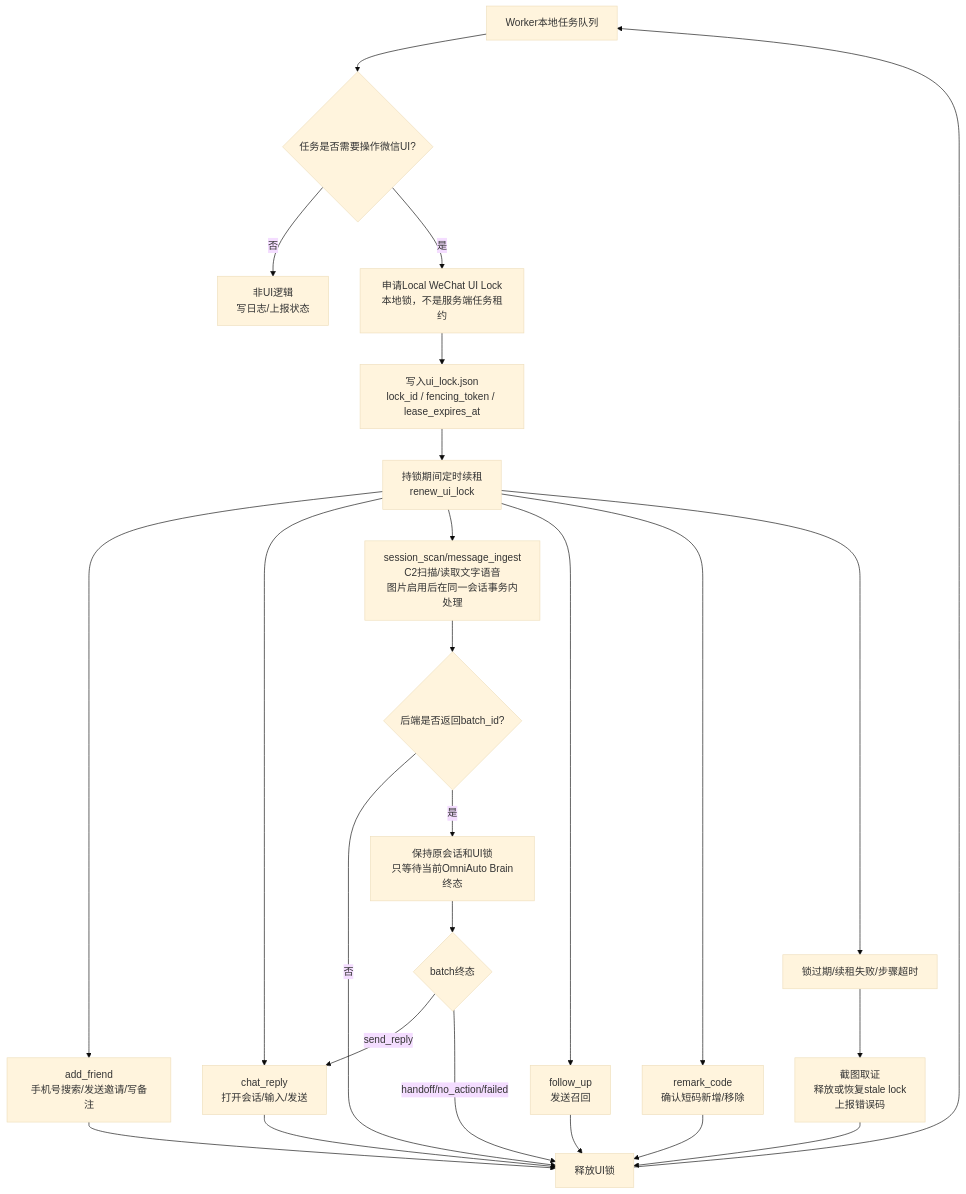
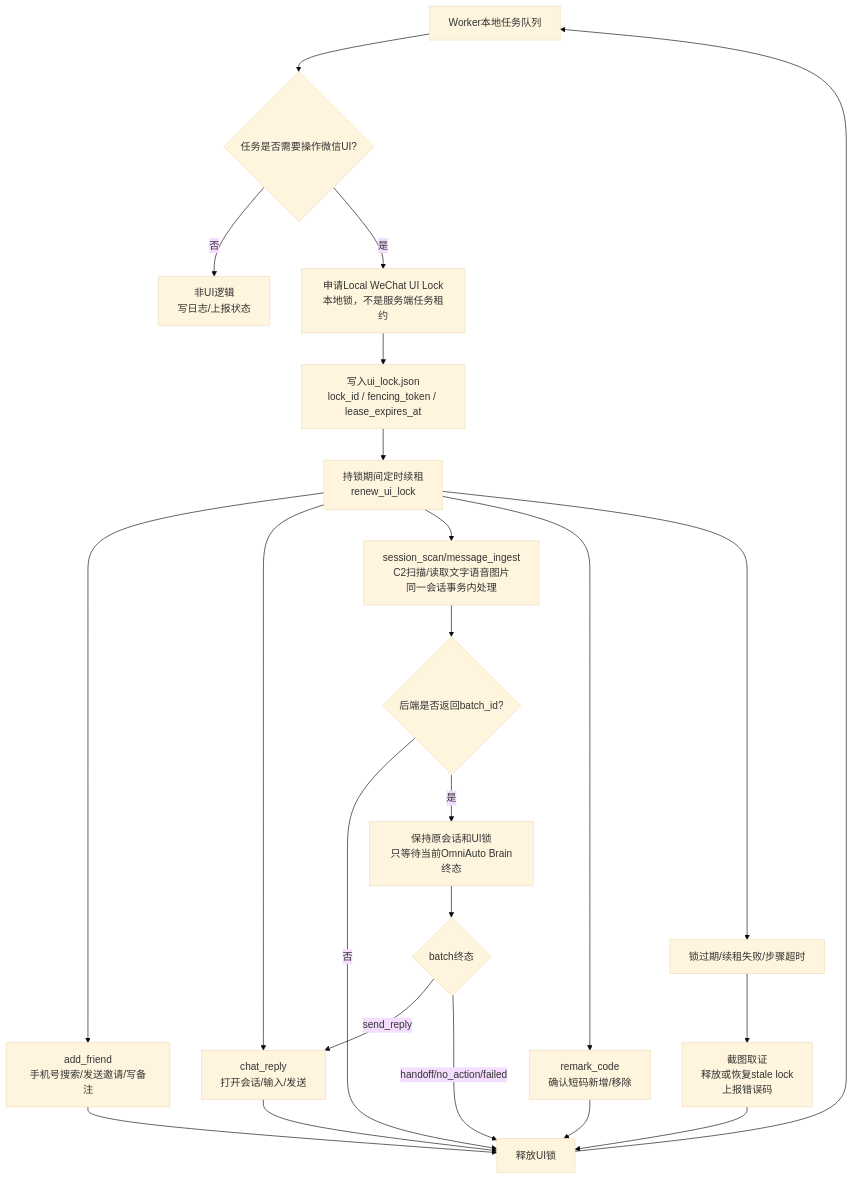
Before and after one commit to edwardzhang0304/chejin-ai-sales: the third of 13 diagrams in deliverables/AI智能客服售前跟进系统_UML图_v0.7.md, drawn with Mermaid (base theme). The commit also changed other lines of this file and 185 other files, not shown here.

````diff
--- a/deliverables/AI智能客服售前跟进系统_UML图_v0.7.md
+++ b/deliverables/AI智能客服售前跟进系统_UML图_v0.7.md
@@ -151,27 +151,25 @@
 ```mermaid
 flowchart TD
     Q["Worker本地任务队列"] --> P{任务是否需要操作微信UI?}
     P -- 否 --> N["非UI逻辑<br/>写日志/上报状态"]
     P -- 是 --> L["申请Local WeChat UI Lock<br/>本地锁，不是服务端任务租约"]
     L --> Lease["写入ui_lock.json<br/>lock_id / fencing_token / lease_expires_at"]
     Lease --> Renew["持锁期间定时续租<br/>renew_ui_lock"]
     Renew --> A["add_friend<br/>手机号搜索/发送邀请/写备注"]
     Renew --> C["chat_reply<br/>打开会话/输入/发送"]
-    Renew --> S["session_scan/message_ingest<br/>C2扫描/读取文字语音<br/>图片启用后在同一会话事务内处理"]
-    Renew --> F["follow_up<br/>发送召回"]
+    Renew --> S["session_scan/message_ingest<br/>C2扫描/读取文字语音图片<br/>同一会话事务内处理"]
     Renew --> R["remark_code<br/>确认短码新增/移除"]
     A --> U["释放UI锁"]
     C --> U
-    F --> U
     R --> U
     S --> HasBatch{后端是否返回batch_id?}
     HasBatch -- 否 --> U
     HasBatch -- 是 --> B["保持原会话和UI锁<br/>只等待当前OmniAuto Brain终态"]
     B --> BrainResult{batch终态}
     BrainResult -- send_reply --> C
     BrainResult -- handoff/no_action/failed --> U
     Renew --> T["锁过期/续租失败/步骤超时"]
     T --> E["截图取证<br/>释放或恢复stale lock<br/>上报错误码"]
     E --> U
     U --> Q
 ```
````
